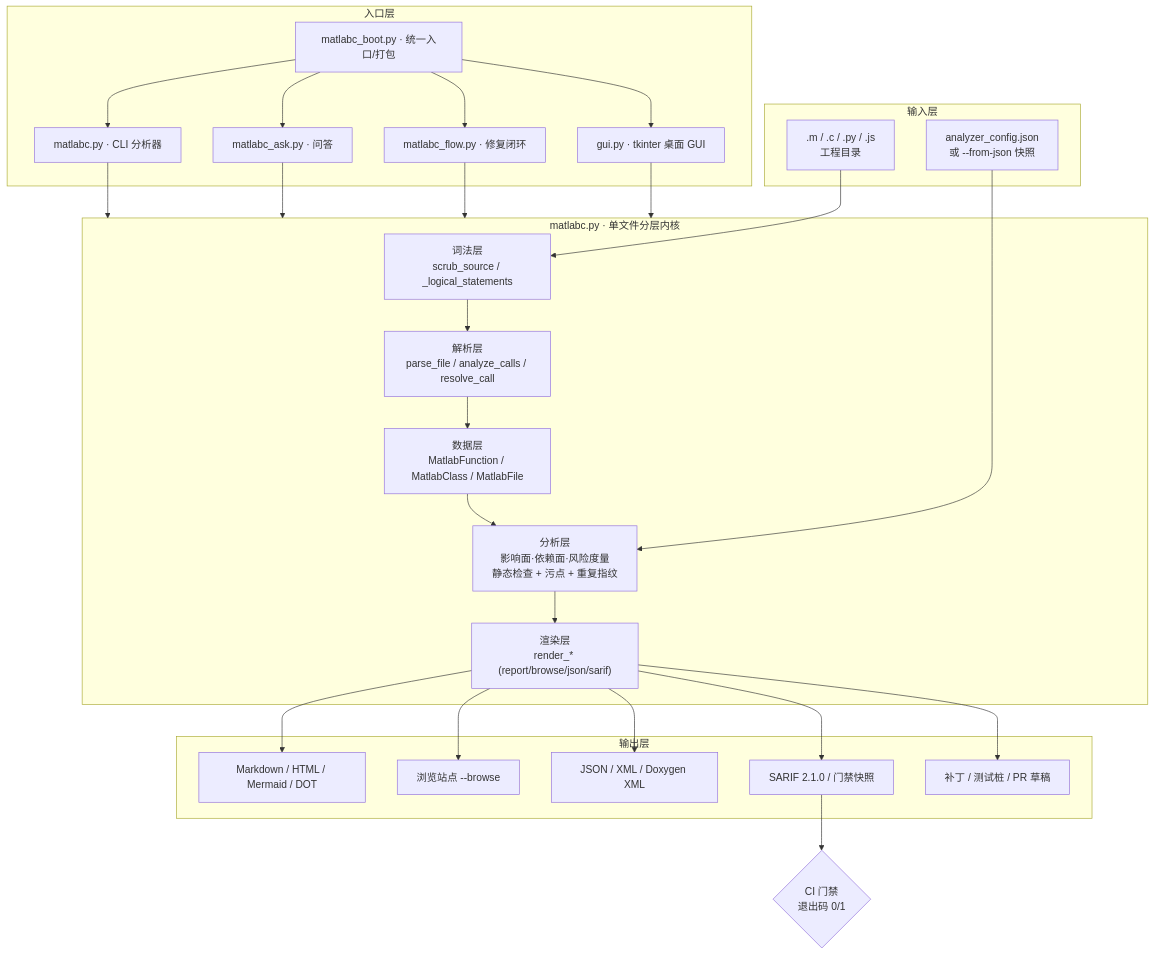
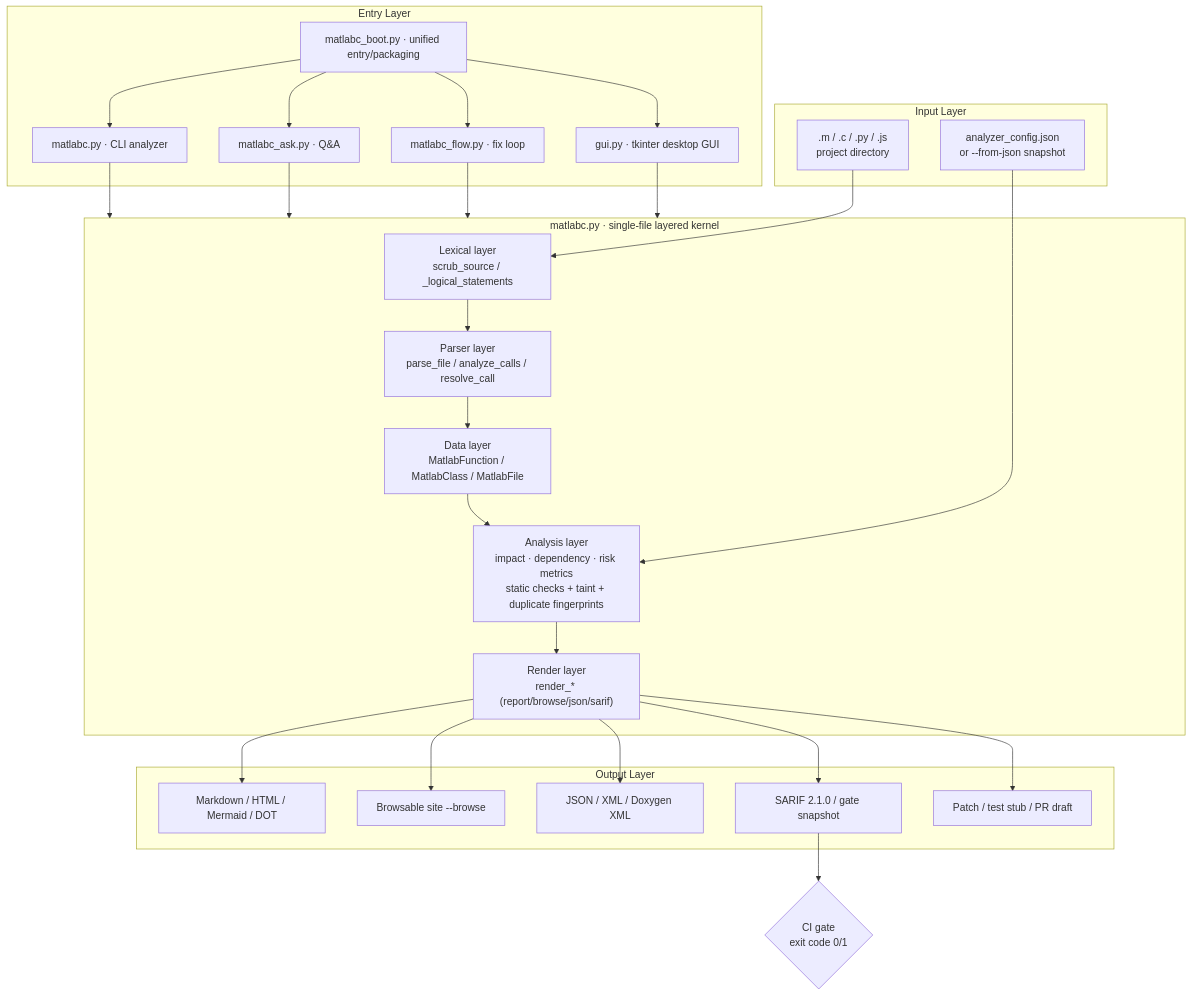
The second of 4 diagrams in README.md (pony-029/malabc), drawn with Mermaid before and after one commit. The commit also changed other lines of this file and 4 other files, not shown here.

````diff
--- a/README.md
+++ b/README.md
@@ -118,39 +122,35 @@
 ```mermaid
 flowchart TB
-    subgraph IN["输入层"]
-        A1[".m / .c / .py / .js<br/>工程目录"]
-        A2["analyzer_config.json<br/>或 --from-json 快照"]
+    subgraph IN["Input Layer"]
+        A1[".m / .c / .py / .js<br/>project directory"]
+        A2["analyzer_config.json<br/>or --from-json snapshot"]
     end
-
-    subgraph CORE["matlabc.py · 单文件分层内核"]
-        B1["词法层<br/>scrub_source / _logical_statements"]
-        B2["解析层<br/>parse_file / analyze_calls / resolve_call"]
-        B3["数据层<br/>MatlabFunction / MatlabClass / MatlabFile"]
-        B4["分析层<br/>影响面·依赖面·风险度量<br/>静态检查 + 污点 + 重复指纹"]
-        B5["渲染层<br/>render_* (report/browse/json/sarif)"]
+    subgraph CORE["matlabc.py · single-file layered kernel"]
+        B1["Lexical layer<br/>scrub_source / _logical_statements"]
+        B2["Parser layer<br/>parse_file / analyze_calls / resolve_call"]
+        B3["Data layer<br/>MatlabFunction / MatlabClass / MatlabFile"]
+        B4["Analysis layer<br/>impact · dependency · risk metrics<br/>static checks + taint + duplicate fingerprints"]
+        B5["Render layer<br/>render_* (report/browse/json/sarif)"]
         B1 --> B2 --> B3 --> B4 --> B5
     end
-
-    subgraph OUT["输出层"]
+    subgraph OUT["Output Layer"]
         C1["Markdown / HTML / Mermaid / DOT"]
-        C2["浏览站点 --browse"]
+        C2["Browsable site --browse"]
         C3["JSON / XML / Doxygen XML"]
-        C4["SARIF 2.1.0 / 门禁快照"]
-        C5["补丁 / 测试桩 / PR 草稿"]
+        C4["SARIF 2.1.0 / gate snapshot"]
+        C5["Patch / test stub / PR draft"]
     end
-
-    subgraph APP["入口层"]
-        D1["matlabc.py · CLI 分析器"]
-        D2["matlabc_ask.py · 问答"]
-        D3["matlabc_flow.py · 修复闭环"]
-        D4["gui.py · tkinter 桌面 GUI"]
-        D5["matlabc_boot.py · 统一入口/打包"]
+    subgraph APP["Entry Layer"]
+        D1["matlabc.py · CLI analyzer"]
+        D2["matlabc_ask.py · Q&A"]
+        D3["matlabc_flow.py · fix loop"]
+        D4["gui.py · tkinter desktop GUI"]
+        D5["matlabc_boot.py · unified entry/packaging"]
     end
-
     A1 --> B1
     A2 --> B4
     B5 --> C1 & C2 & C3 & C4 & C5
     D1 & D2 & D3 & D4 --> CORE
     D5 --> D1 & D2 & D3 & D4
-    C4 --> E1{"CI 门禁<br/>退出码 0/1"}
+    C4 --> E1{"CI gate<br/>exit code 0/1"}
 ```
````
